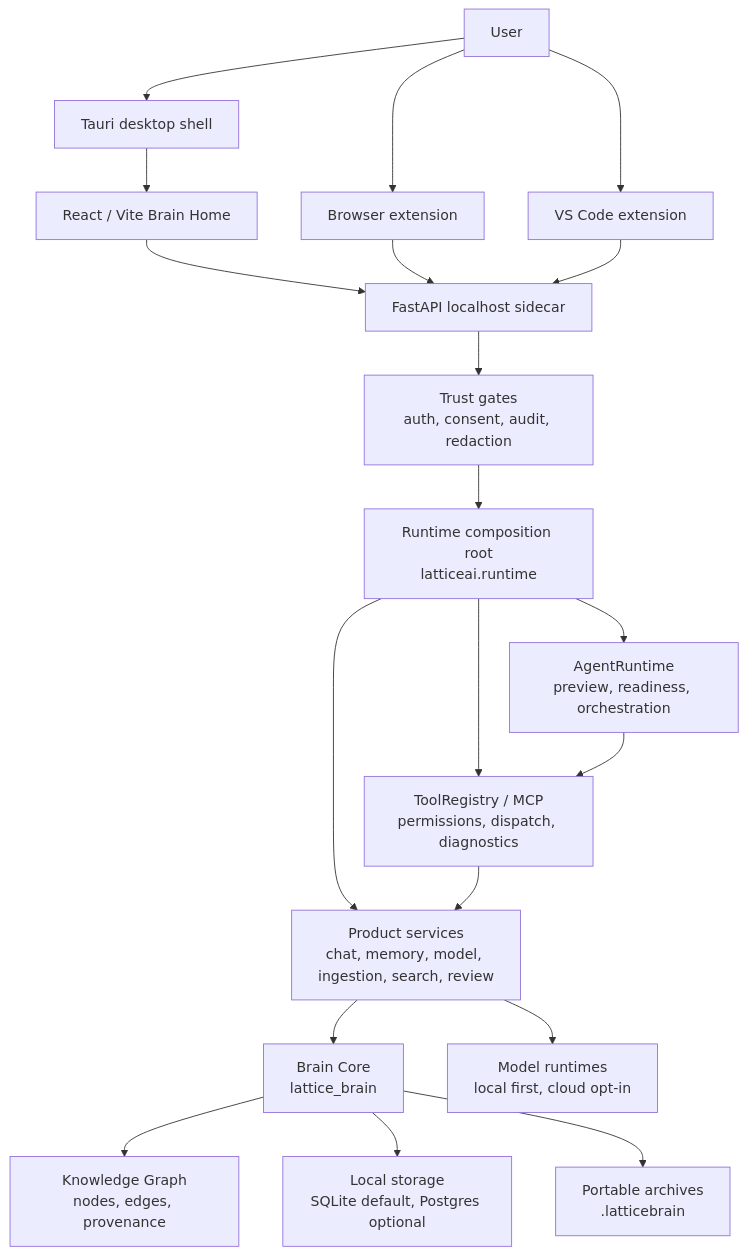
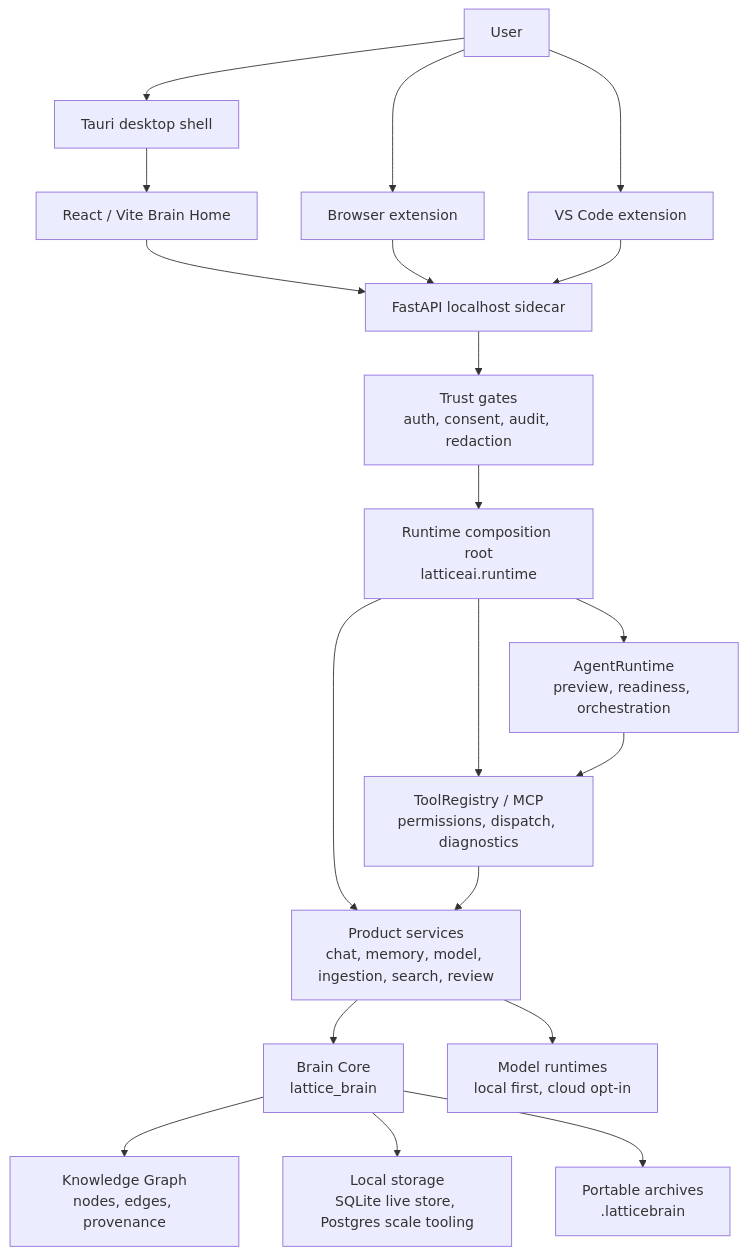
Before and after one commit to TaeSooPark-PTS/LatticeAI: the first of 2 diagrams in ARCHITECTURE.md, drawn with Mermaid. The commit also changed other lines of this file and 90 other files, not shown here.

````diff
--- a/ARCHITECTURE.md
+++ b/ARCHITECTURE.md
@@ -11,39 +11,39 @@
 ```mermaid
 flowchart TB
   user["User"]
   desktop["Tauri desktop shell"]
   browser["Browser extension"]
   editor["VS Code extension"]
   ui["React / Vite Brain Home"]
   api["FastAPI localhost sidecar"]
   runtime["Runtime composition root<br/>latticeai.runtime"]
   services["Product services<br/>chat, memory, model, ingestion, search, review"]
   agent["AgentRuntime<br/>preview, readiness, orchestration"]
   tools["ToolRegistry / MCP<br/>permissions, dispatch, diagnostics"]
   brain["Brain Core<br/>lattice_brain"]
   kg["Knowledge Graph<br/>nodes, edges, provenance"]
-  store["Local storage<br/>SQLite default, Postgres optional"]
+  store["Local storage<br/>SQLite live store, Postgres scale tooling"]
   archive["Portable archives<br/>.latticebrain"]
   trust["Trust gates<br/>auth, consent, audit, redaction"]
   models["Model runtimes<br/>local first, cloud opt-in"]
 
   user --> desktop
   user --> browser
   user --> editor
   desktop --> ui
   ui --> api
   browser --> api
   editor --> api
   api --> trust
   trust --> runtime
   runtime --> services
   runtime --> agent
   runtime --> tools
   services --> brain
   agent --> tools
   tools --> services
   services --> models
   brain --> kg
   brain --> store
   brain --> archive
 ```
````
